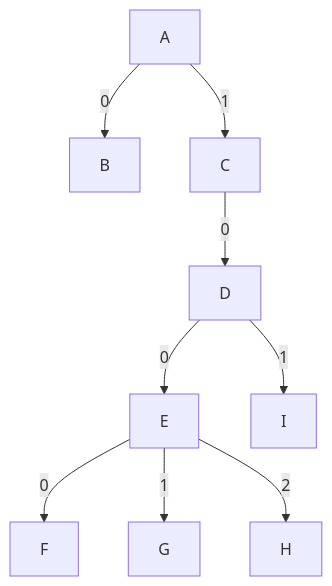
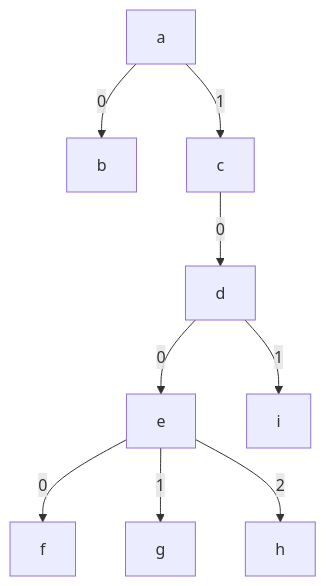
One commit to microsoft/FluidFramework changed diagram 13 of 27 in packages/dds/tree/docs/wip/treeStorage.md. Above: the diagram before and after it, drawn with Mermaid. The commit also changed other lines of this file, not shown here.

````diff
--- a/packages/dds/tree/docs/wip/treeStorage.md
+++ b/packages/dds/tree/docs/wip/treeStorage.md
@@ -299,9 +310,9 @@
 ```mermaid
 graph TD;
-    A--0-->B;
-    A--1-->C--0-->D--0-->E;
-    D--1-->I;
-    E--0-->F;
-    E--1-->G;
-    E--2-->H;
+    a--0-->b;
+    a--1-->c--0-->d--0-->e;
+    d--1-->i;
+    e--0-->f;
+    e--1-->g;
+    e--2-->h;
 ```
````
